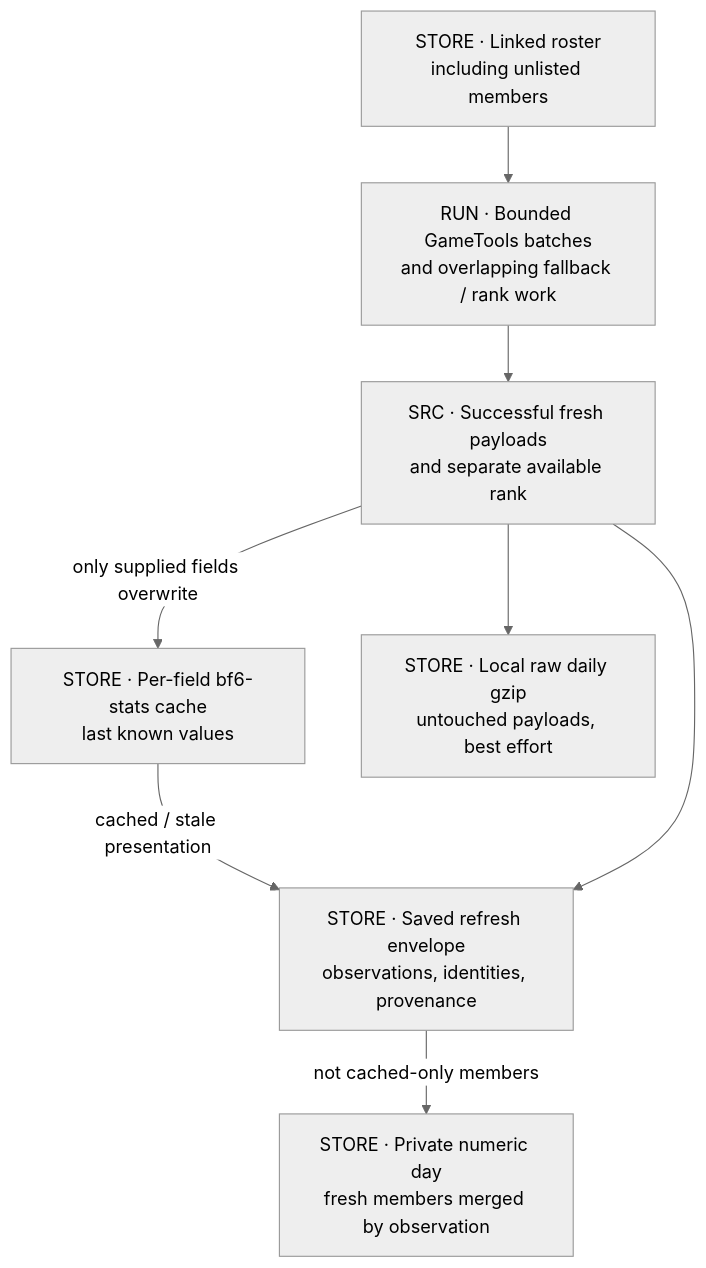
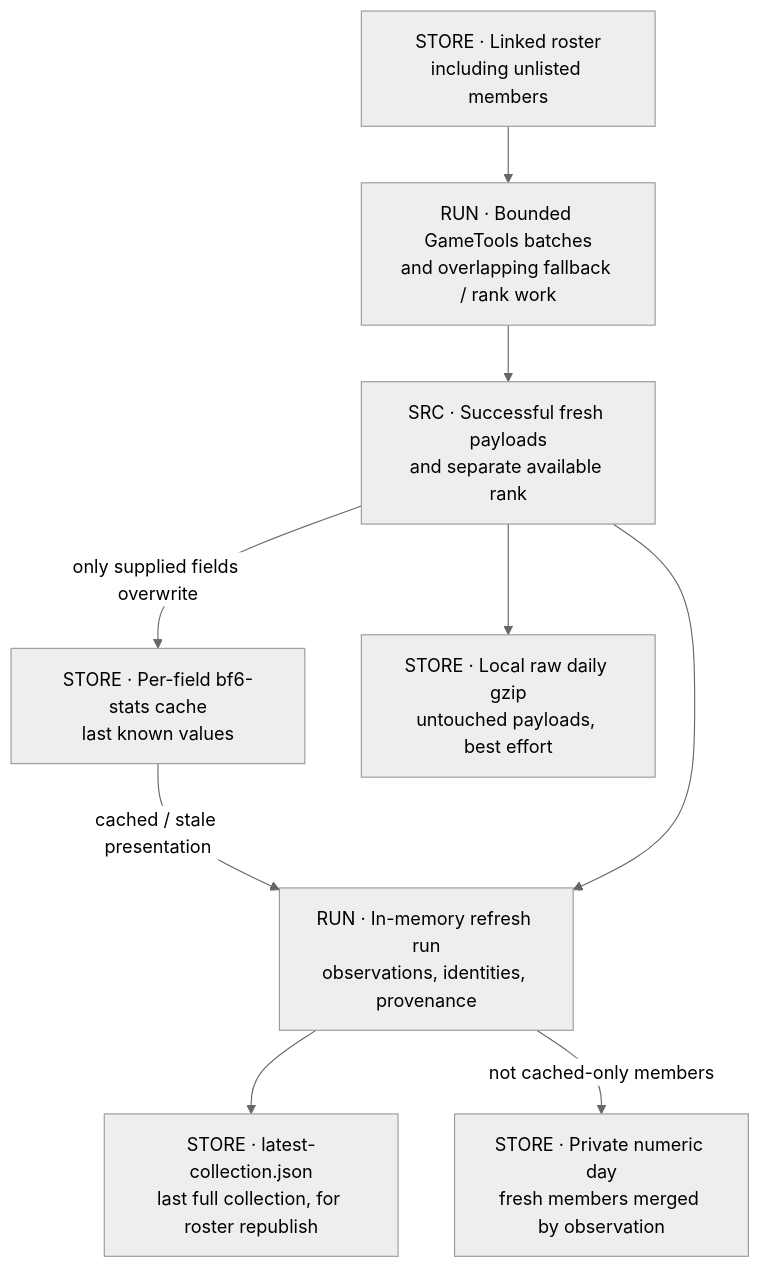
One commit to raymdl/kdm-bf6-rankings changed the first of 5 diagrams in atlas/REFRESH_PUBLICATION.md. Above: the diagram before and after it, drawn with Mermaid (neutral theme). The commit also changed other lines of this file and 10 other files, not shown here.

````diff
--- a/atlas/REFRESH_PUBLICATION.md
+++ b/atlas/REFRESH_PUBLICATION.md
@@ -7,17 +7,19 @@
 ```mermaid
 flowchart TB
   ROSTER["STORE · Linked roster<br/>including unlisted members"]
   FETCH["RUN · Bounded GameTools batches<br/>and overlapping fallback / rank work"]
   FRESH["SRC · Successful fresh payloads<br/>and separate available rank"]
   CACHE["STORE · Per-field bf6-stats cache<br/>last known values"]
-  ENV["STORE · Saved refresh envelope<br/>observations, identities, provenance"]
+  RUN["RUN · In-memory refresh run<br/>observations, identities, provenance"]
+  LATEST["STORE · latest-collection.json<br/>last full collection, for roster republish"]
   NUM["STORE · Private numeric day<br/>fresh members merged by observation"]
   RAW["STORE · Local raw daily gzip<br/>untouched payloads, best effort"]
   ROSTER --> FETCH
   FETCH --> FRESH
   FRESH -->|"only supplied fields overwrite"| CACHE
-  CACHE -->|"cached / stale presentation"| ENV
-  FRESH --> ENV
-  ENV -->|"not cached-only members"| NUM
+  CACHE -->|"cached / stale presentation"| RUN
+  FRESH --> RUN
+  RUN --> LATEST
+  RUN -->|"not cached-only members"| NUM
   FRESH --> RAW
 ```
````
